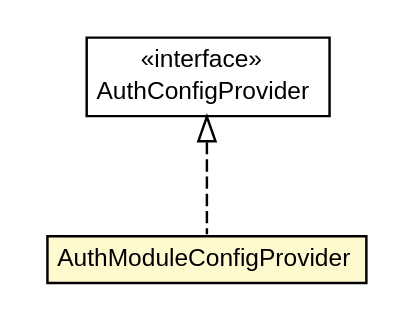
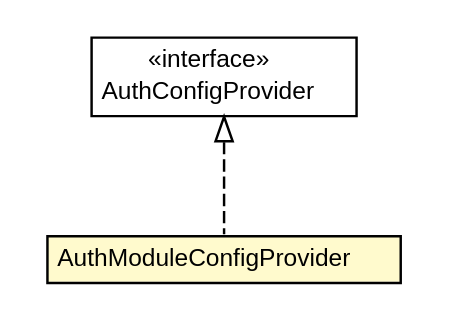
The diagram in test-server-auth-module/apidocs/net/trajano/auth/AuthModuleConfigProvider.dot (trajano/jaspic-tester), drawn with Graphviz before and after one commit. The commit also changed 108 other files, not shown here.

```diff
--- a/test-server-auth-module/apidocs/net/trajano/auth/AuthModuleConfigProvider.dot
+++ b/test-server-auth-module/apidocs/net/trajano/auth/AuthModuleConfigProvider.dot
@@ -1,27 +1,27 @@
 #!/usr/local/bin/dot
 #
 # Class diagram 
 # Generated by UMLGraph version R5_6-24-gf6e263 (http://www.umlgraph.org/)
 #
 
 digraph G {
-	edge [fontname="arial",fontsize=10,labelfontname="arial",labelfontsize=10];
-	node [fontname="arial",fontsize=10,shape=plaintext];
+	edge [fontname="Helvetica",fontsize=10,labelfontname="Helvetica",labelfontsize=10];
+	node [fontname="Helvetica",fontsize=10,shape=plaintext];
 	nodesep=0.25;
 	ranksep=0.5;
 	// net.trajano.auth.AuthModuleConfigProvider
 	c16 [label=<<table title="net.trajano.auth.AuthModuleConfigProvider" border="0" cellborder="1" cellspacing="0" cellpadding="2" port="p" bgcolor="lemonChiffon" href="./AuthModuleConfigProvider.html">
 		<tr><td><table border="0" cellspacing="0" cellpadding="1">
 <tr><td align="center" balign="center"> AuthModuleConfigProvider </td></tr>
 		</table></td></tr>
-		</table>>, URL="./AuthModuleConfigProvider.html", fontname="arial", fontcolor="black", fontsize=10.0];
+		</table>>, URL="./AuthModuleConfigProvider.html", fontname="Helvetica", fontcolor="black", fontsize=10.0];
 	//net.trajano.auth.AuthModuleConfigProvider implements javax.security.auth.message.config.AuthConfigProvider
 	c17:p -> c16:p [dir=back,arrowtail=empty,style=dashed];
 	// javax.security.auth.message.config.AuthConfigProvider
 	c17 [label=<<table title="javax.security.auth.message.config.AuthConfigProvider" border="0" cellborder="1" cellspacing="0" cellpadding="2" port="p" href="http://java.sun.com/j2se/1.4.2/docs/api/javax/security/auth/message/config/AuthConfigProvider.html">
 		<tr><td><table border="0" cellspacing="0" cellpadding="1">
 <tr><td align="center" balign="center"> &#171;interface&#187; </td></tr>
 <tr><td align="center" balign="center"> AuthConfigProvider </td></tr>
 		</table></td></tr>
-		</table>>, URL="http://java.sun.com/j2se/1.4.2/docs/api/javax/security/auth/message/config/AuthConfigProvider.html", fontname="arial", fontcolor="black", fontsize=10.0];
+		</table>>, URL="http://java.sun.com/j2se/1.4.2/docs/api/javax/security/auth/message/config/AuthConfigProvider.html", fontname="Helvetica", fontcolor="black", fontsize=10.0];
 }
```
